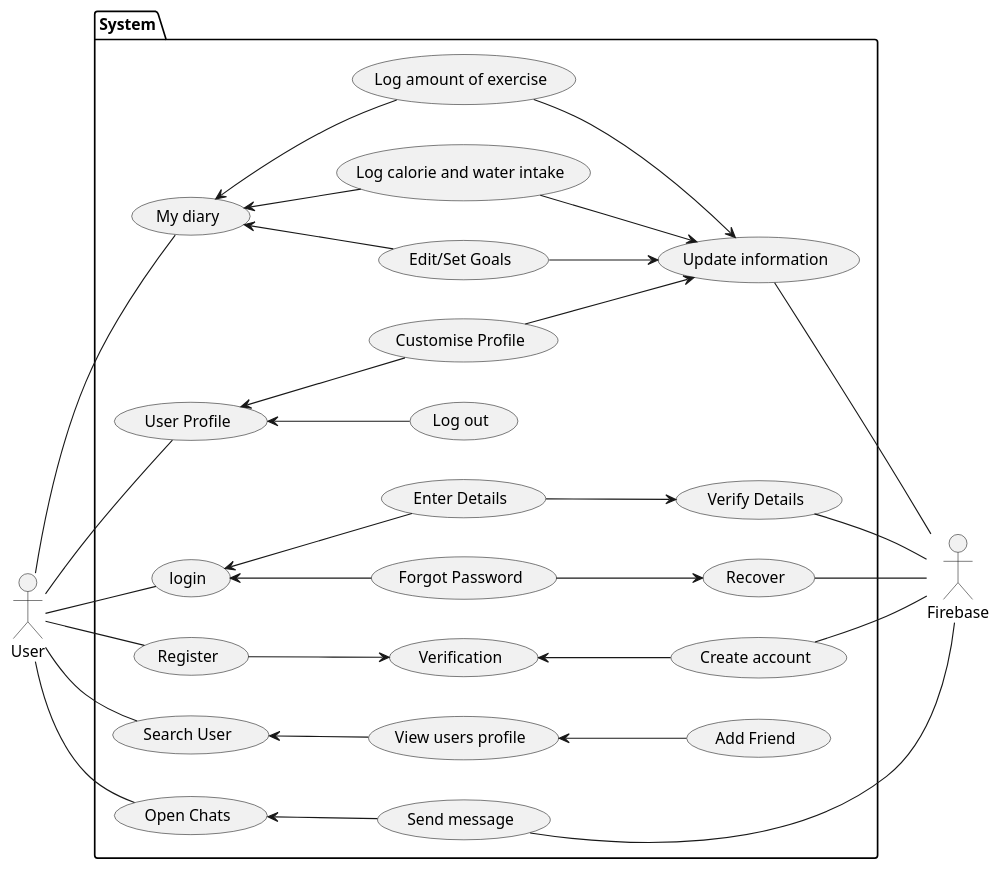
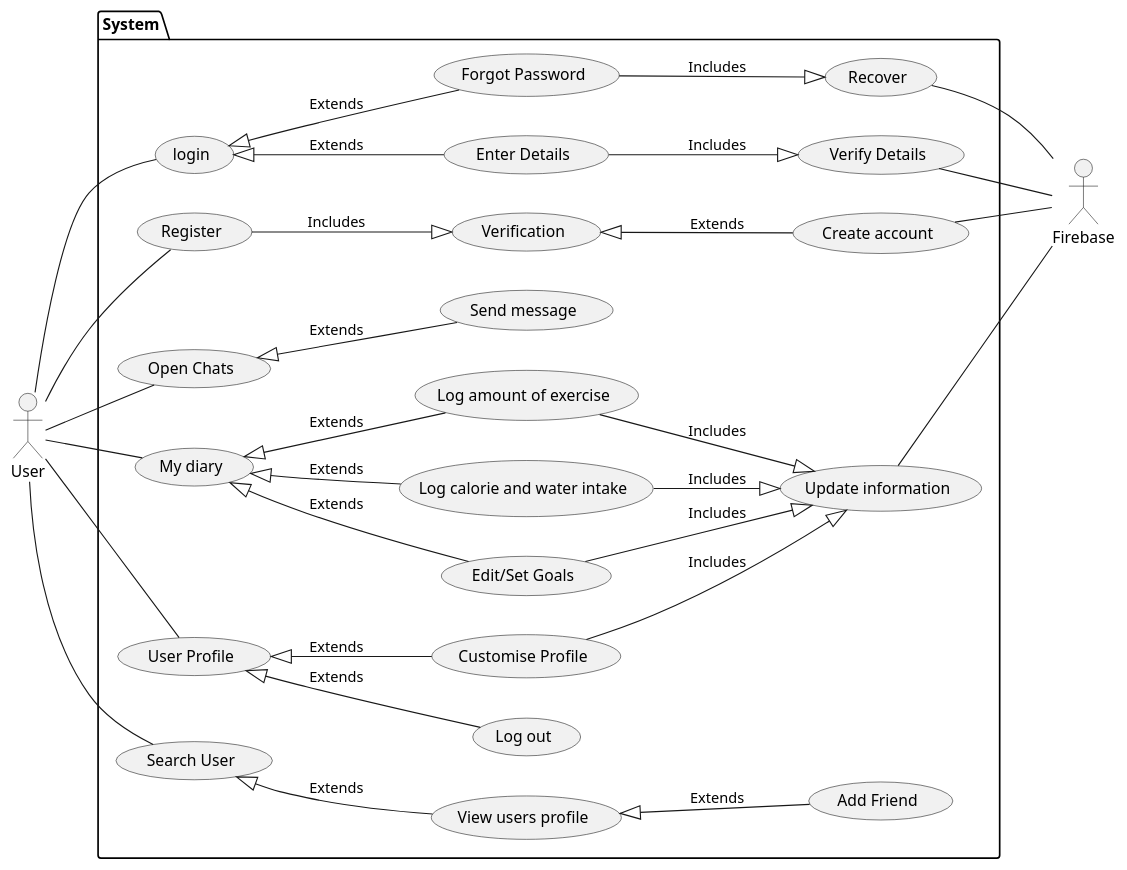
The diagram in Diagrams/authentication.puml (Dancis-S/Final-Year-Project-958769), drawn with PlantUML before and after one commit. The commit also changed 1 other file, not shown here.

```diff
--- a/Diagrams/authentication.puml
+++ b/Diagrams/authentication.puml
@@ -1,76 +1,76 @@
 @startuml UseCase
 left to right direction 
 actor User as us
 package System{
     usecase "login" as uc1
     usecase "Forgot Password" as uc2
     usecase "Recover" as uc3
     usecase "Enter Details" as uc4
     usecase "Verify Details" as uc5
     usecase "Register" as uc6
     usecase "Verification" as uc7 
     usecase "Open Chats" as uc8
     usecase "Send message" as uc9
     usecase "My diary" as uc10
     usecase "Log calorie and water intake" as uc11
     usecase "Log amount of exercise" as uc12
     usecase "Edit/Set Goals" as uc13
     usecase "User Profile" as uc14
     usecase "Customise Profile" as uc15
     usecase "Search User" as uc16
     usecase "Add Friend" as uc17
     usecase "Create account" as uc18
     usecase "Update information" as uc19
     usecase "Log out" as uc20
     usecase "View users profile" as uc21
 
 }
 actor Firebase as ser
 
 'The login part
 us -- uc1
-uc1 <-- uc2
-uc1 <-- uc4
-uc2 --> uc3
-uc4 --> uc5
+uc1 <|-- uc2 :Extends
+uc1 <|-- uc4 :Extends
+uc2 --|> uc3 :Includes
+uc4 --|> uc5 :Includes
 uc5 -- ser
 uc3 -- ser
 
 'User profile
 us -- uc14
-uc14 <-- uc15
-uc14 <-- uc20
-uc15 --> uc19
+uc14 <|-- uc15 :Extends
+uc14 <|--uc20 :Extends
+uc15 --|> uc19 :Includes
 
 'Adding friends
 us -- uc16
-uc16 <-- uc21
-uc21 <-- uc17
+uc16 <|-- uc21 :Extends
+uc21 <|-- uc17 :Extends
 
 'The chat part
 us -- uc8 
-uc8 <-- uc9
-uc9 -- ser
+uc8 <|-- uc9 :Extends
+
 
 'The register part
 us -- uc6
-uc6 --> uc7
-uc7 <-- uc18
+uc6 --|> uc7 :Includes
+uc7 <|-- uc18 :Extends
 uc18 -- ser
 
 'The my diary part
 us -- uc10
-uc10 <-- uc13
-uc10 <-- uc11
-uc10 <-- uc12
-uc11 --> uc19
-uc12 --> uc19
-uc13 --> uc19
+uc10 <|-- uc13 :Extends
+uc10 <|-- uc11 :Extends
+uc10 <|-- uc12 :Extends
+uc11 --|> uc19 :Includes
+uc12 --|> uc19 :Includes
+uc13 --|> uc19 :Includes
 ser -- uc19
 
 
 
 
 
 
 @enduml
```
